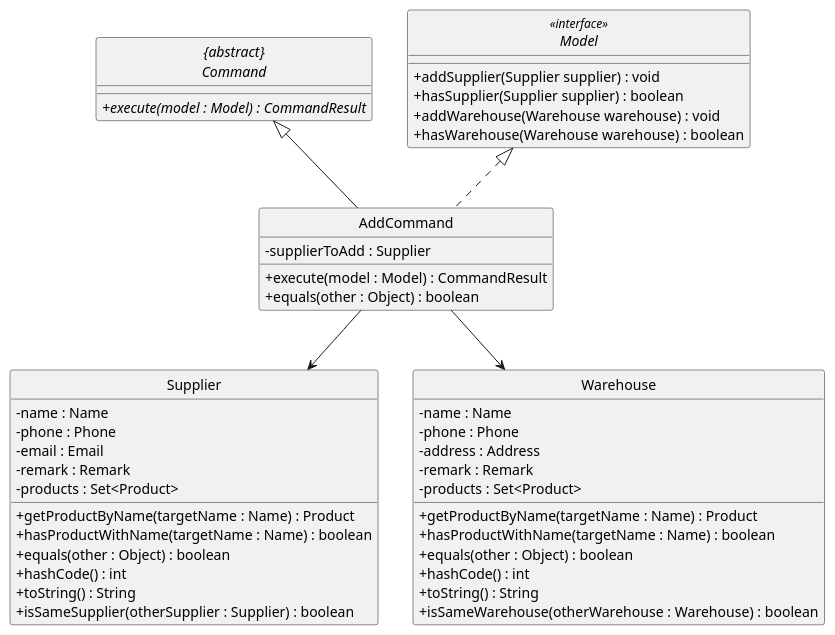
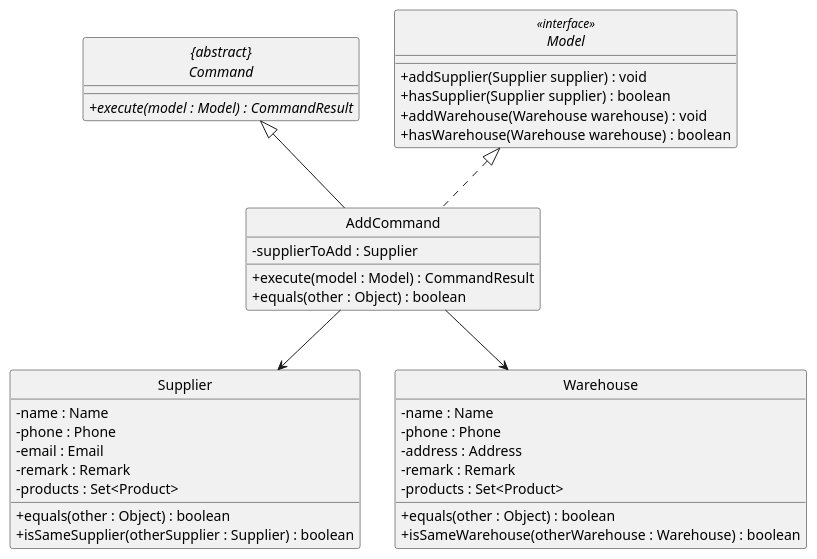
The diagram in docs/diagrams/AddCommandClassDiagram.puml (tohyuting/tp), drawn with PlantUML before and after one commit. The commit also changed 1 other file, not shown here.

```diff
--- a/docs/diagrams/AddCommandClassDiagram.puml
+++ b/docs/diagrams/AddCommandClassDiagram.puml
@@ -1,63 +1,55 @@
 @startuml
 skinparam backgroundColor #ffffff
 skinparam classAttributeIconSize 0
 hide circle
 
 abstract class "{abstract}\nCommand" {
     + {abstract} execute(model : Model) : CommandResult
 }
 
 interface Model <<interface>> {
     + addSupplier(Supplier supplier) : void
     + hasSupplier(Supplier supplier) : boolean
     + addWarehouse(Warehouse warehouse) : void
     + hasWarehouse(Warehouse warehouse) : boolean
 }
 
 class Supplier {
     /' Fields '/
     - name : Name
     - phone : Phone
     - email : Email
     - remark : Remark
     - products : Set<Product>
 
     /' Methods '/
-    + getProductByName(targetName : Name) : Product
-    + hasProductWithName(targetName : Name) : boolean
     + equals(other : Object) : boolean
-    + hashCode() : int
-    + toString() : String
     + isSameSupplier(otherSupplier : Supplier) : boolean
 }
 
 class Warehouse {
     /' Fields '/
     - name : Name
     - phone : Phone
     - address : Address
     - remark : Remark
     - products : Set<Product>
 
     /' Methods '/
-    + getProductByName(targetName : Name) : Product
-    + hasProductWithName(targetName : Name) : boolean
     + equals(other : Object) : boolean
-    + hashCode() : int
-    + toString() : String
     + isSameWarehouse(otherWarehouse : Warehouse) : boolean
 }
 
 class AddCommand implements Model {
     /' Fields '/
     - supplierToAdd : Supplier
 
     /' Methods '/
     + execute(model : Model) : CommandResult
     + equals(other : Object) : boolean
 }
 
 AddCommand --up|> "{abstract}\nCommand"
 AddCommand --> Supplier
 AddCommand --> Warehouse
 @enduml
```
